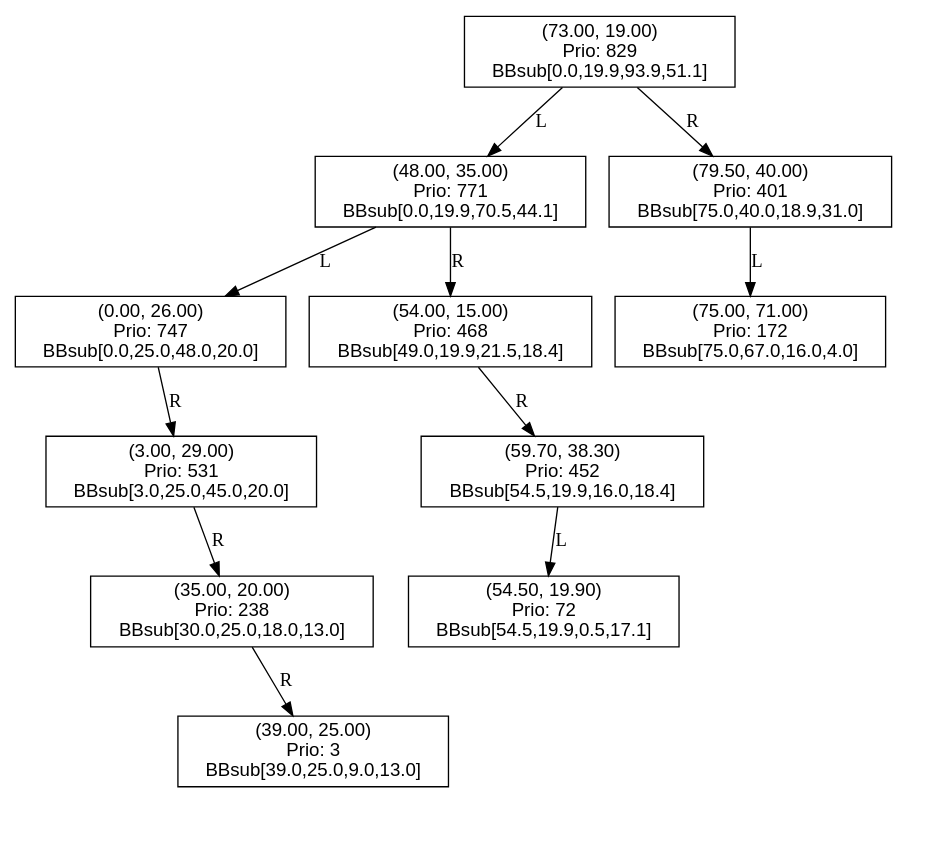
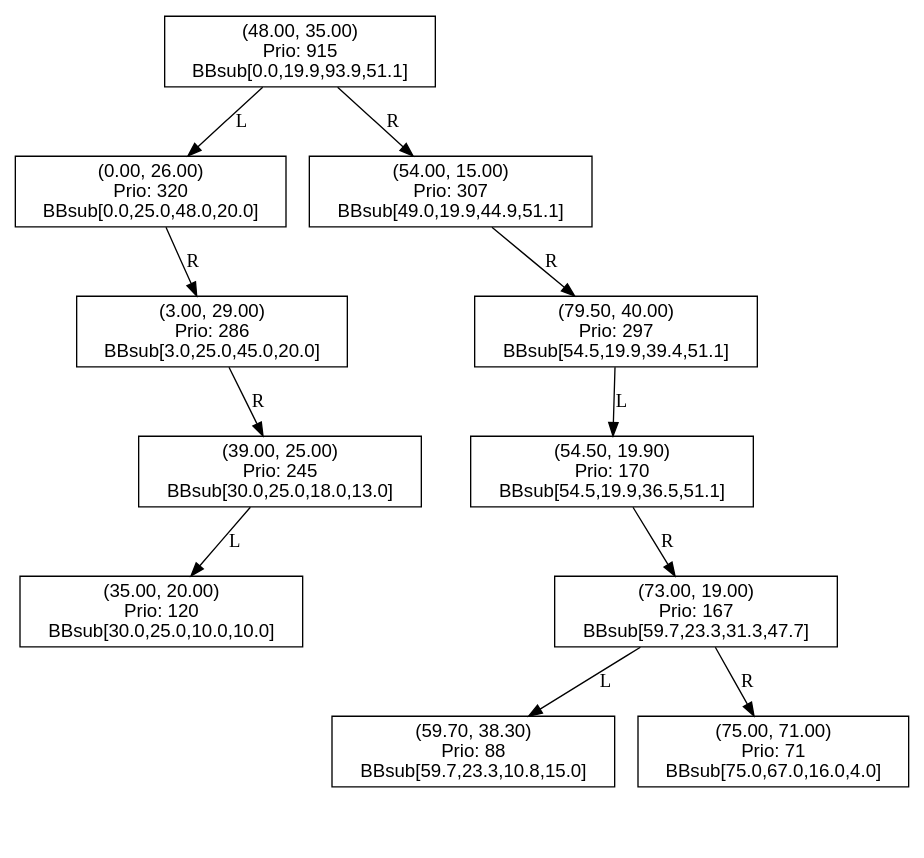
The diagram in saidas/00-vaso-simples.dot (oPedroGoes/pedroga-desenvolvimento), drawn with Graphviz before and after one commit. The commit also changed 8 other files, not shown here.

```diff
--- a/saidas/00-vaso-simples.dot
+++ b/saidas/00-vaso-simples.dot
@@ -1,48 +1,48 @@
 digraph SmuTreap {
   node [fontname="Helvetica", shape=record];
-  node_0x55b42b1c6320 [label="(73.00, 19.00)\nPrio: 829\nBBsub[0.0,19.9,93.9,51.1]"];
-  node_0x55b42b1c6320 -> node_0x55b42b1c5db0 [label="L"];
-  node_0x55b42b1c5db0 [label="(48.00, 35.00)\nPrio: 771\nBBsub[0.0,19.9,70.5,44.1]"];
-  node_0x55b42b1c5db0 -> node_0x55b42b1c5ff0 [label="L"];
-  node_0x55b42b1c5ff0 [label="(0.00, 26.00)\nPrio: 747\nBBsub[0.0,25.0,48.0,20.0]"];
-  left_null_0x55b42b1c5ff0 [shape=point, style=invis];
-  node_0x55b42b1c5ff0 -> left_null_0x55b42b1c5ff0 [style=invis];
-  node_0x55b42b1c5ff0 -> node_0x55b42b1c5ed0 [label="R"];
-  node_0x55b42b1c5ed0 [label="(3.00, 29.00)\nPrio: 531\nBBsub[3.0,25.0,45.0,20.0]"];
-  left_null_0x55b42b1c5ed0 [shape=point, style=invis];
-  node_0x55b42b1c5ed0 -> left_null_0x55b42b1c5ed0 [style=invis];
-  node_0x55b42b1c5ed0 -> node_0x55b42b1c6100 [label="R"];
-  node_0x55b42b1c6100 [label="(35.00, 20.00)\nPrio: 238\nBBsub[30.0,25.0,18.0,13.0]"];
-  left_null_0x55b42b1c6100 [shape=point, style=invis];
-  node_0x55b42b1c6100 -> left_null_0x55b42b1c6100 [style=invis];
-  node_0x55b42b1c6100 -> node_0x55b42b1c6410 [label="R"];
-  node_0x55b42b1c6410 [label="(39.00, 25.00)\nPrio: 3\nBBsub[39.0,25.0,9.0,13.0]"];
-  left_null_0x55b42b1c6410 [shape=point, style=invis];
-  node_0x55b42b1c6410 -> left_null_0x55b42b1c6410 [style=invis];
-  right_null_0x55b42b1c6410 [shape=point, style=invis];
-  node_0x55b42b1c6410 -> right_null_0x55b42b1c6410 [style=invis];
-  node_0x55b42b1c5db0 -> node_0x55b42b1c6210 [label="R"];
-  node_0x55b42b1c6210 [label="(54.00, 15.00)\nPrio: 468\nBBsub[49.0,19.9,21.5,18.4]"];
-  left_null_0x55b42b1c6210 [shape=point, style=invis];
-  node_0x55b42b1c6210 -> left_null_0x55b42b1c6210 [style=invis];
-  node_0x55b42b1c6210 -> node_0x55b42b1c65f0 [label="R"];
-  node_0x55b42b1c65f0 [label="(59.70, 38.30)\nPrio: 452\nBBsub[54.5,19.9,16.0,18.4]"];
-  node_0x55b42b1c65f0 -> node_0x55b42b1c6500 [label="L"];
-  node_0x55b42b1c6500 [label="(54.50, 19.90)\nPrio: 72\nBBsub[54.5,19.9,0.5,17.1]"];
-  left_null_0x55b42b1c6500 [shape=point, style=invis];
-  node_0x55b42b1c6500 -> left_null_0x55b42b1c6500 [style=invis];
-  right_null_0x55b42b1c6500 [shape=point, style=invis];
-  node_0x55b42b1c6500 -> right_null_0x55b42b1c6500 [style=invis];
-  right_null_0x55b42b1c65f0 [shape=point, style=invis];
-  node_0x55b42b1c65f0 -> right_null_0x55b42b1c65f0 [style=invis];
-  node_0x55b42b1c6320 -> node_0x55b42b1c6a10 [label="R"];
-  node_0x55b42b1c6a10 [label="(79.50, 40.00)\nPrio: 401\nBBsub[75.0,40.0,18.9,31.0]"];
-  node_0x55b42b1c6a10 -> node_0x55b42b1c66e0 [label="L"];
-  node_0x55b42b1c66e0 [label="(75.00, 71.00)\nPrio: 172\nBBsub[75.0,67.0,16.0,4.0]"];
-  left_null_0x55b42b1c66e0 [shape=point, style=invis];
-  node_0x55b42b1c66e0 -> left_null_0x55b42b1c66e0 [style=invis];
-  right_null_0x55b42b1c66e0 [shape=point, style=invis];
-  node_0x55b42b1c66e0 -> right_null_0x55b42b1c66e0 [style=invis];
-  right_null_0x55b42b1c6a10 [shape=point, style=invis];
-  node_0x55b42b1c6a10 -> right_null_0x55b42b1c6a10 [style=invis];
+  node_0x617b62e68d90 [label="(48.00, 35.00)\nPrio: 915\nBBsub[0.0,19.9,93.9,51.1]"];
+  node_0x617b62e68d90 -> node_0x617b62e68fd0 [label="L"];
+  node_0x617b62e68fd0 [label="(0.00, 26.00)\nPrio: 320\nBBsub[0.0,25.0,48.0,20.0]"];
+  left_null_0x617b62e68fd0 [shape=point, style=invis];
+  node_0x617b62e68fd0 -> left_null_0x617b62e68fd0 [style=invis];
+  node_0x617b62e68fd0 -> node_0x617b62e68eb0 [label="R"];
+  node_0x617b62e68eb0 [label="(3.00, 29.00)\nPrio: 286\nBBsub[3.0,25.0,45.0,20.0]"];
+  left_null_0x617b62e68eb0 [shape=point, style=invis];
+  node_0x617b62e68eb0 -> left_null_0x617b62e68eb0 [style=invis];
+  node_0x617b62e68eb0 -> node_0x617b62e693f0 [label="R"];
+  node_0x617b62e693f0 [label="(39.00, 25.00)\nPrio: 245\nBBsub[30.0,25.0,18.0,13.0]"];
+  node_0x617b62e693f0 -> node_0x617b62e690e0 [label="L"];
+  node_0x617b62e690e0 [label="(35.00, 20.00)\nPrio: 120\nBBsub[30.0,25.0,10.0,10.0]"];
+  left_null_0x617b62e690e0 [shape=point, style=invis];
+  node_0x617b62e690e0 -> left_null_0x617b62e690e0 [style=invis];
+  right_null_0x617b62e690e0 [shape=point, style=invis];
+  node_0x617b62e690e0 -> right_null_0x617b62e690e0 [style=invis];
+  right_null_0x617b62e693f0 [shape=point, style=invis];
+  node_0x617b62e693f0 -> right_null_0x617b62e693f0 [style=invis];
+  node_0x617b62e68d90 -> node_0x617b62e691f0 [label="R"];
+  node_0x617b62e691f0 [label="(54.00, 15.00)\nPrio: 307\nBBsub[49.0,19.9,44.9,51.1]"];
+  left_null_0x617b62e691f0 [shape=point, style=invis];
+  node_0x617b62e691f0 -> left_null_0x617b62e691f0 [style=invis];
+  node_0x617b62e691f0 -> node_0x617b62e699f0 [label="R"];
+  node_0x617b62e699f0 [label="(79.50, 40.00)\nPrio: 297\nBBsub[54.5,19.9,39.4,51.1]"];
+  node_0x617b62e699f0 -> node_0x617b62e694e0 [label="L"];
+  node_0x617b62e694e0 [label="(54.50, 19.90)\nPrio: 170\nBBsub[54.5,19.9,36.5,51.1]"];
+  left_null_0x617b62e694e0 [shape=point, style=invis];
+  node_0x617b62e694e0 -> left_null_0x617b62e694e0 [style=invis];
+  node_0x617b62e694e0 -> node_0x617b62e69300 [label="R"];
+  node_0x617b62e69300 [label="(73.00, 19.00)\nPrio: 167\nBBsub[59.7,23.3,31.3,47.7]"];
+  node_0x617b62e69300 -> node_0x617b62e695d0 [label="L"];
+  node_0x617b62e695d0 [label="(59.70, 38.30)\nPrio: 88\nBBsub[59.7,23.3,10.8,15.0]"];
+  left_null_0x617b62e695d0 [shape=point, style=invis];
+  node_0x617b62e695d0 -> left_null_0x617b62e695d0 [style=invis];
+  right_null_0x617b62e695d0 [shape=point, style=invis];
+  node_0x617b62e695d0 -> right_null_0x617b62e695d0 [style=invis];
+  node_0x617b62e69300 -> node_0x617b62e696c0 [label="R"];
+  node_0x617b62e696c0 [label="(75.00, 71.00)\nPrio: 71\nBBsub[75.0,67.0,16.0,4.0]"];
+  left_null_0x617b62e696c0 [shape=point, style=invis];
+  node_0x617b62e696c0 -> left_null_0x617b62e696c0 [style=invis];
+  right_null_0x617b62e696c0 [shape=point, style=invis];
+  node_0x617b62e696c0 -> right_null_0x617b62e696c0 [style=invis];
+  right_null_0x617b62e699f0 [shape=point, style=invis];
+  node_0x617b62e699f0 -> right_null_0x617b62e699f0 [style=invis];
 }
```
